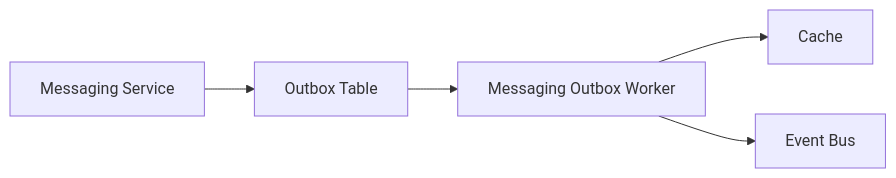
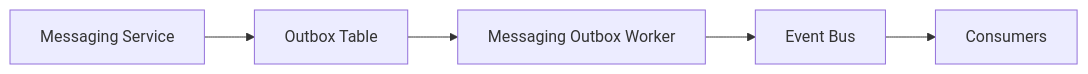
One commit to jolleekin/mini-slack changed the first of 2 diagrams in docs/architecture.md. Above: the diagram before and after it, drawn with Mermaid. The commit also changed other lines of this file and 4 other files, not shown here.

````diff
--- a/docs/architecture.md
+++ b/docs/architecture.md
@@ -119,7 +123,7 @@
 ```mermaid
 flowchart LR
     S["Messaging Service"] --> O["Outbox Table"]
     O --> W["Messaging Outbox Worker"]
-    W --> C["Cache"]
     W --> E["Event Bus"]
+    E --> C["Consumers"]
 ```
````
